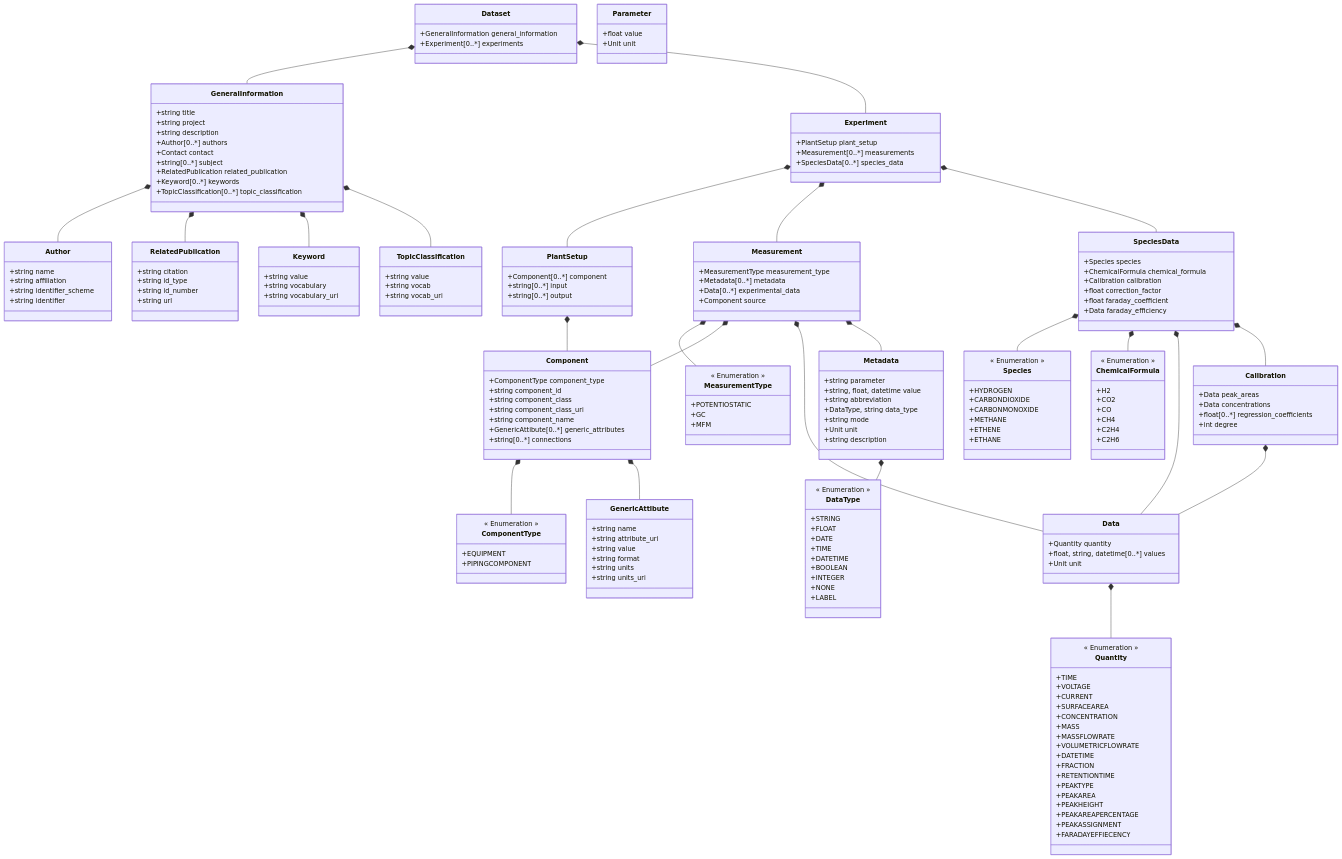
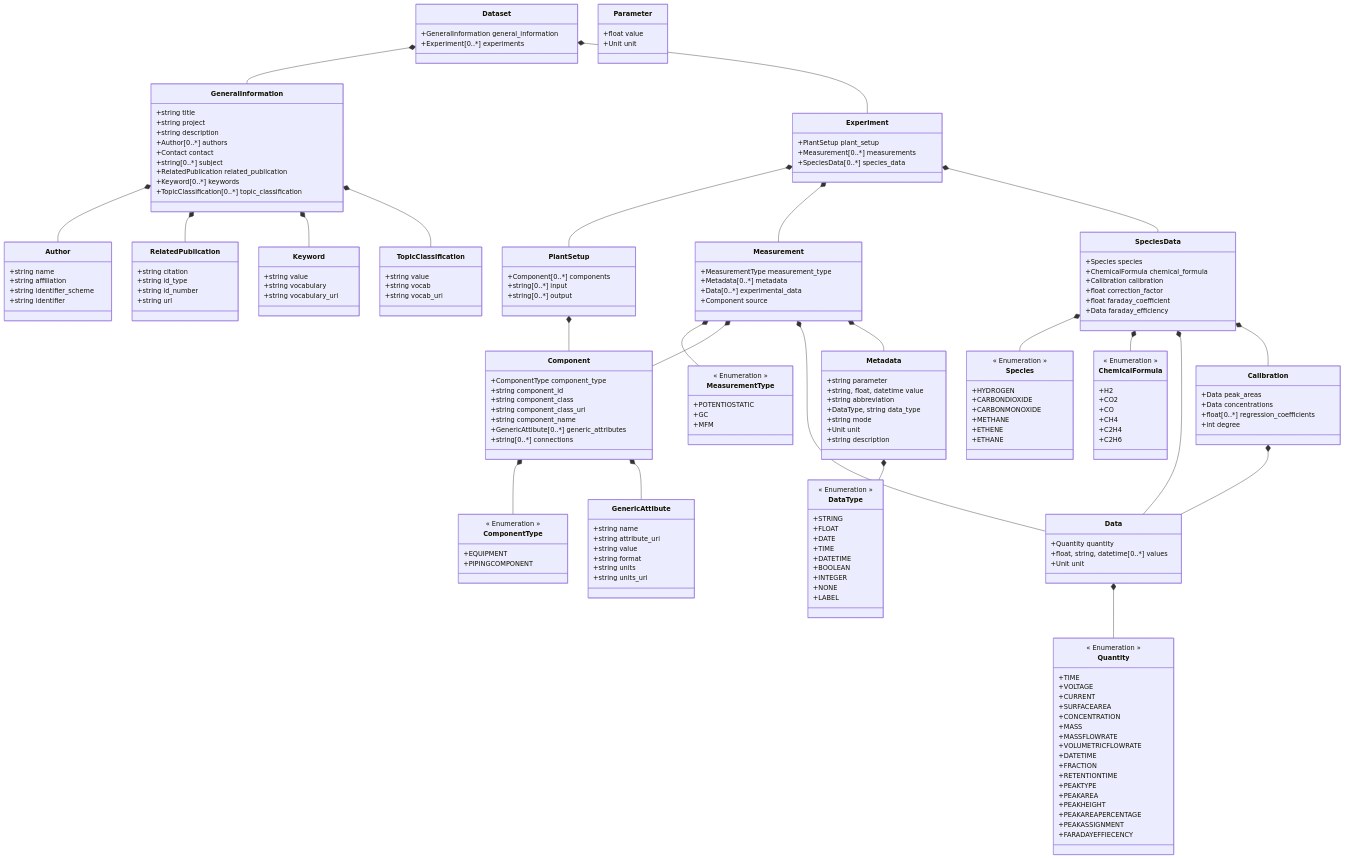
The diagram in fairflowchemistry_schema.md (FAIRChemistry/FAIRFlow), drawn with Mermaid before and after one commit. The commit also changed 18 other files, not shown here.

```diff
--- a/fairflowchemistry_schema.md
+++ b/fairflowchemistry_schema.md
@@ -74,7 +74,7 @@
     }
     
     class PlantSetup {
-        +Component[0..*] component
+        +Component[0..*] components
         +string[0..*] input
         +string[0..*] output
     }
```
